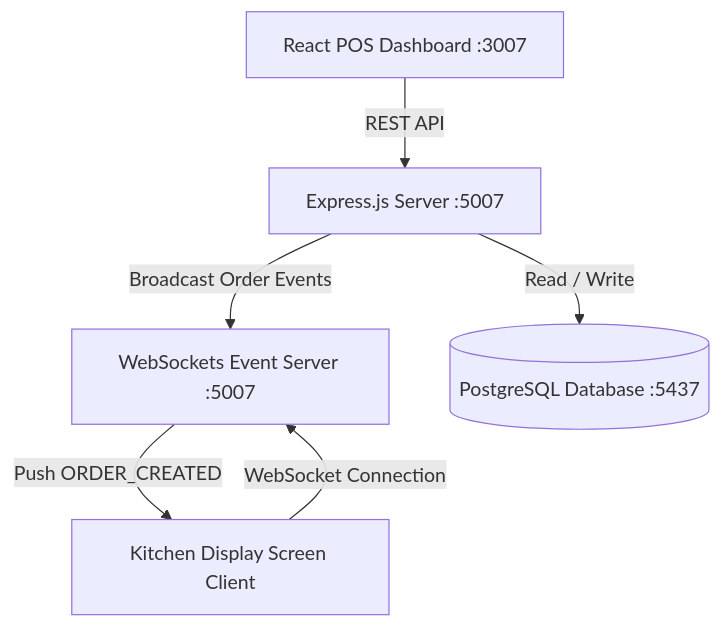
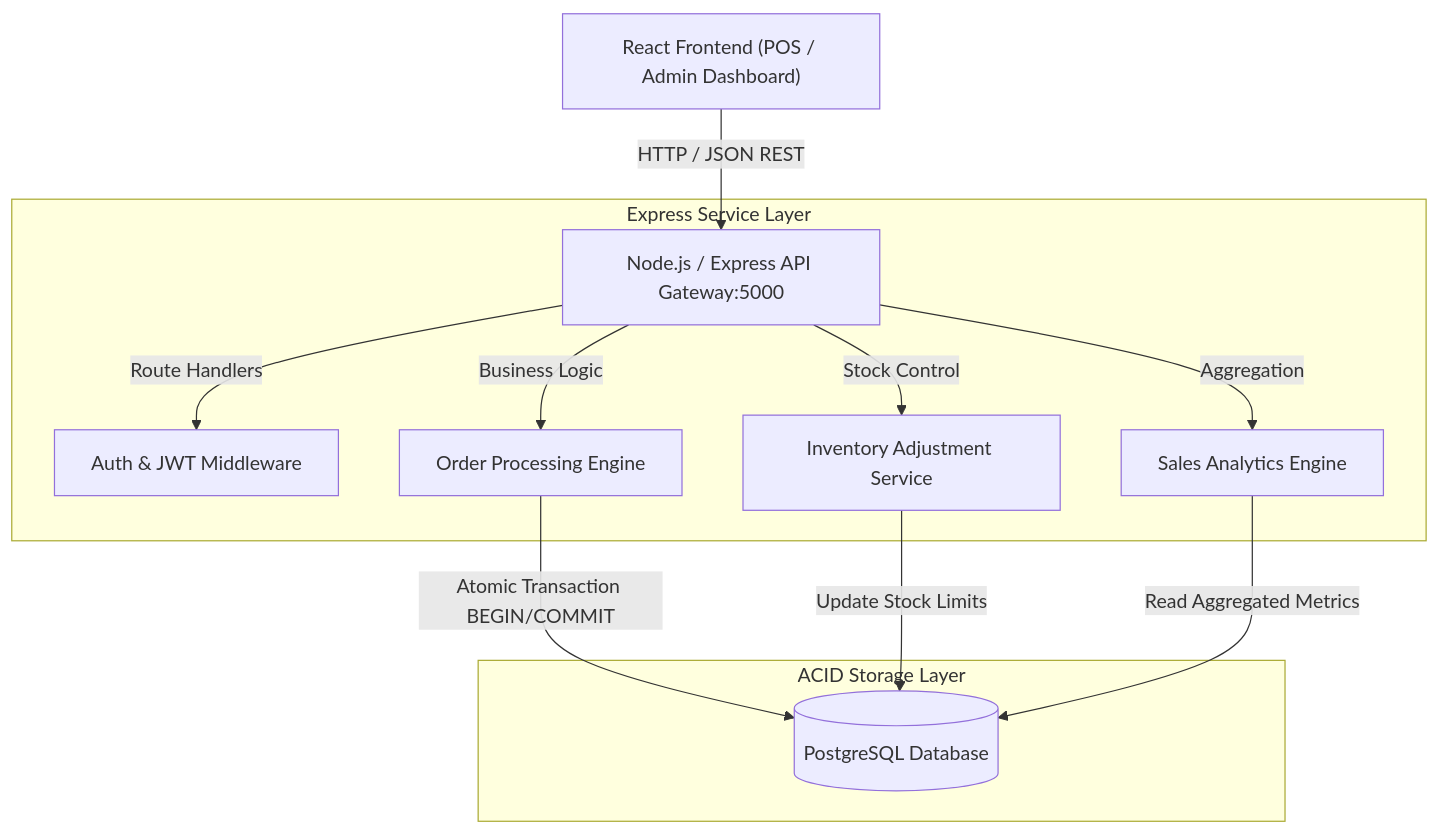
One commit to SudeeraHemantha/Portfolio_Projects changed the diagram in 07-cafe-management-system/README.md. Above: the diagram before and after it, drawn with Mermaid. The commit also changed other lines of this file, not shown here.

First line of the commit message:
Revise README for Cafe Management POS System

````diff
--- a/07-cafe-management-system/README.md
+++ b/07-cafe-management-system/README.md
@@ -13,9 +16,18 @@
 ```mermaid
 graph TD
-    ClientPOS[React POS Dashboard :3007] -->|REST API| ExpressBackend[Express.js Server :5007]
-    ClientKDS[Kitchen Display Screen Client] -->|WebSocket Connection| WS[WebSockets Event Server :5007]
+    Client["React Frontend (POS / Admin Dashboard)"] -->|HTTP / JSON REST| API["Node.js / Express API Gateway:5000"]
     
-    ExpressBackend -->|Read / Write| DB[(PostgreSQL Database :5437)]
-    ExpressBackend -->|Broadcast Order Events| WS
-    WS -->|Push ORDER_CREATED| ClientKDS
+    subgraph Server_Logic["Express Service Layer"]
+        API -->|Route Handlers| Auth["Auth & JWT Middleware"]
+        API -->|Business Logic| Orders["Order Processing Engine"]
+        API -->|Stock Control| Inventory["Inventory Adjustment Service"]
+        API -->|Aggregation| Analytics["Sales Analytics Engine"]
+    end
+
+    subgraph Data_Layer["ACID Storage Layer"]
+        Orders -->|Atomic Transaction BEGIN/COMMIT| DB[("PostgreSQL Database")]
+        Inventory -->|Update Stock Limits| DB
+        Analytics -->|Read Aggregated Metrics| DB
+    end
+
 ```
````
